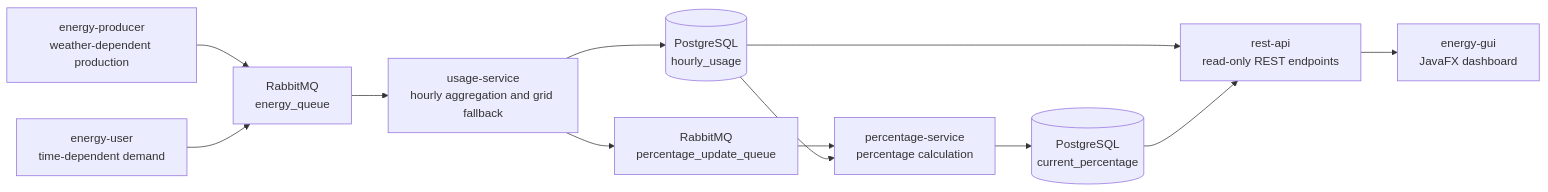
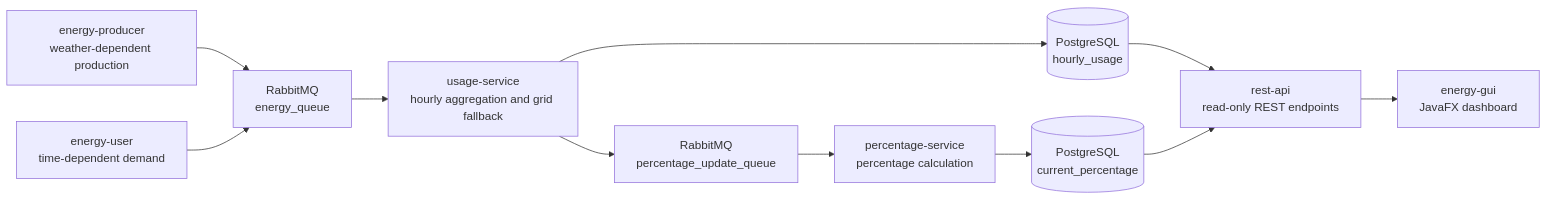
Before and after one commit to Dev02Liu/energy_community_project: the diagram in README.MD, drawn with Mermaid. The commit also changed other lines of this file and 16 other files, not shown here.

````diff
--- a/README.MD
+++ b/README.MD
@@ -22,25 +22,24 @@
 ```mermaid
 flowchart LR
     Producer["energy-producer<br/>weather-dependent production"]
     User["energy-user<br/>time-dependent demand"]
     EnergyQueue["RabbitMQ<br/>energy_queue"]
     Usage["usage-service<br/>hourly aggregation and grid fallback"]
     UsageTable[("PostgreSQL<br/>hourly_usage")]
     UpdateQueue["RabbitMQ<br/>percentage_update_queue"]
     Percentage["percentage-service<br/>percentage calculation"]
     PercentageTable[("PostgreSQL<br/>current_percentage")]
     Api["rest-api<br/>read-only REST endpoints"]
     Gui["energy-gui<br/>JavaFX dashboard"]
 
     Producer --> EnergyQueue
     User --> EnergyQueue
     EnergyQueue --> Usage
     Usage --> UsageTable
     Usage --> UpdateQueue
     UpdateQueue --> Percentage
-    UsageTable --> Percentage
     Percentage --> PercentageTable
     UsageTable --> Api
     PercentageTable --> Api
     Api --> Gui
 ```
````
